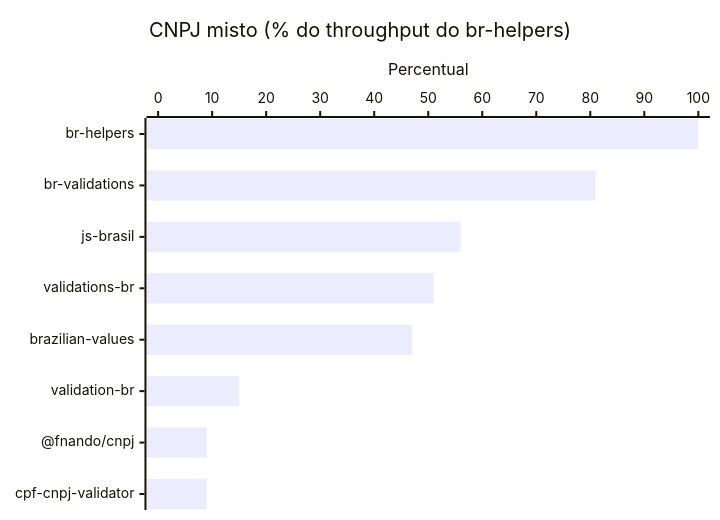
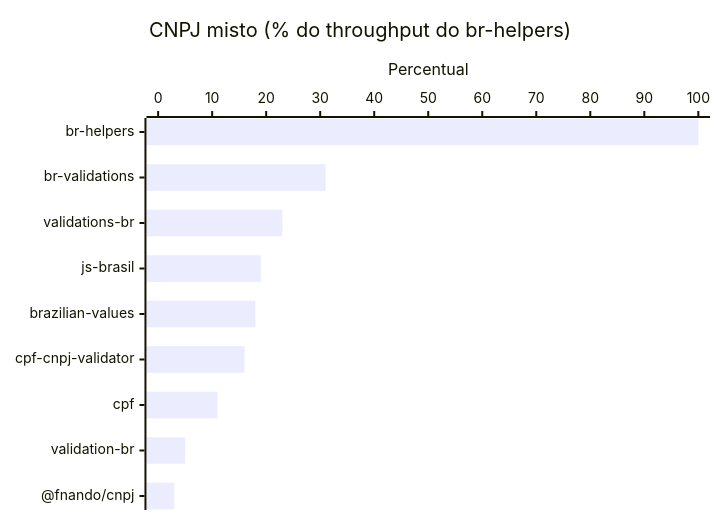
The second of 2 diagrams in README.md (alisterlf/br-helpers), drawn with Mermaid before and after one commit. The commit also changed other lines of this file, not shown here.

````diff
--- a/README.md
+++ b/README.md
@@ -55,7 +56,7 @@
 ```mermaid
 xychart-beta horizontal
     title "CNPJ misto (% do throughput do br-helpers)"
-    x-axis ["br-helpers", "br-validations", "js-brasil", "validations-br", "brazilian-values", "validation-br", "@fnando/cnpj", "cpf-cnpj-validator"]
+    x-axis ["br-helpers", "br-validations", "validations-br", "js-brasil", "brazilian-values", "cpf-cnpj-validator", "cpf", "validation-br", "@fnando/cnpj"]
     y-axis "Percentual" 0 --> 100
-    bar [100, 81, 56, 51, 47, 15, 9, 9]
+    bar [100, 31, 23, 19, 18, 16, 11, 5, 3]
 ```
````
